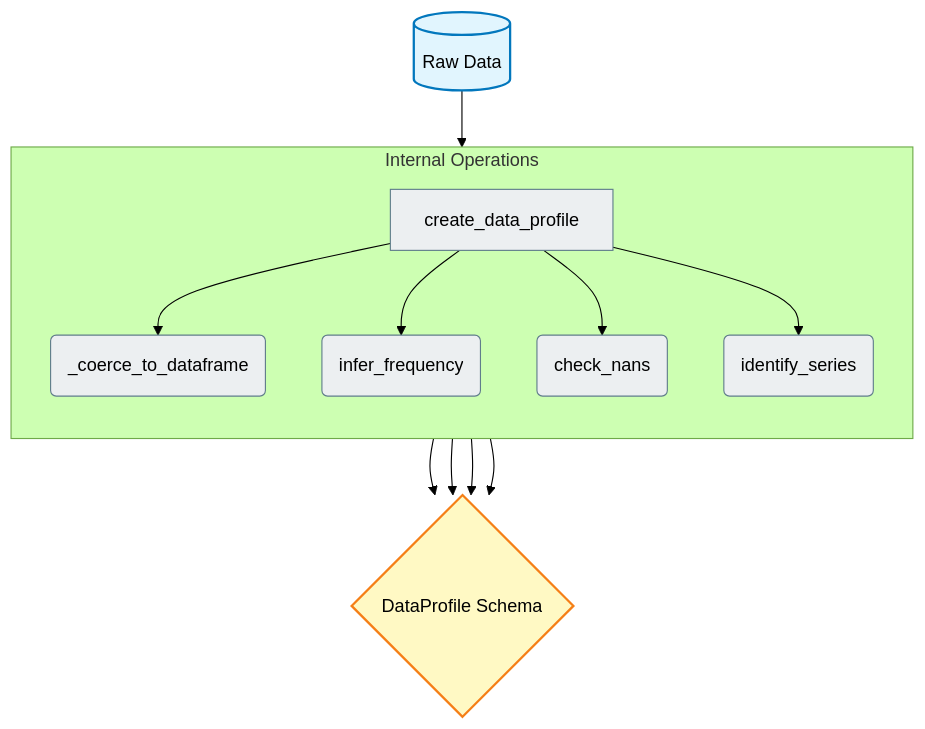
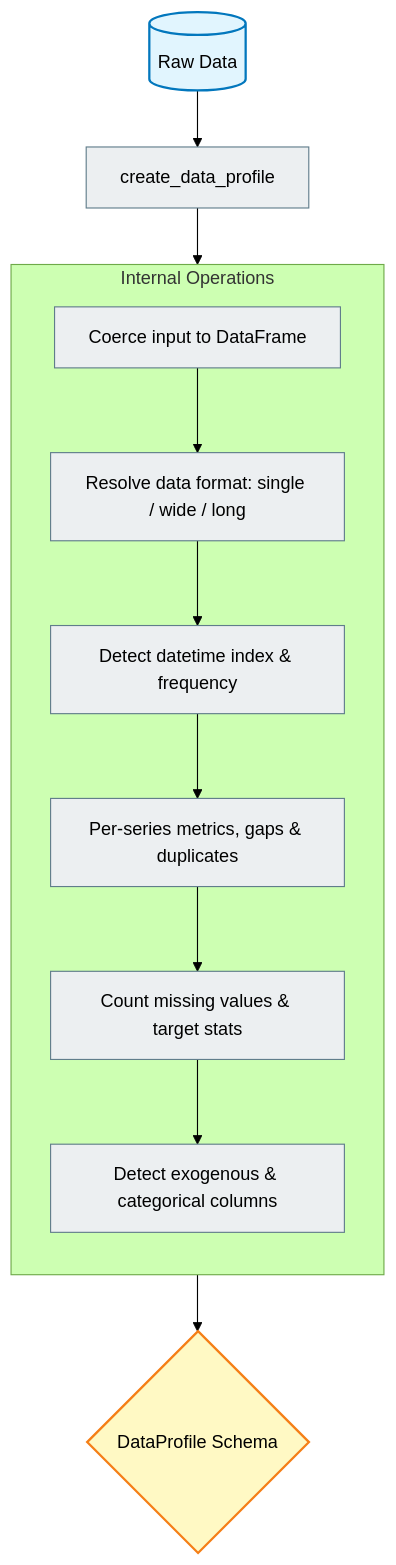
Before and after one commit to skforecast/skforecast-ai: the third of 8 diagrams in docs/user_guides/architecture-and-logic.md, drawn with Mermaid (forest theme). The commit also changed other lines of this file, not shown here.

````diff
--- a/docs/user_guides/architecture-and-logic.md
+++ b/docs/user_guides/architecture-and-logic.md
@@ -75,18 +85,20 @@
 ```mermaid
 flowchart TD
     classDef schema fill:#fff9c4,stroke:#f57f17,stroke-width:2px,color:#000
     classDef func fill:#eceff1,stroke:#607d8b,stroke-width:1px,color:#000
     classDef data fill:#e1f5fe,stroke:#0277bd,stroke-width:2px,color:#000
 
     A[(Raw Data)]:::data --> B[create_data_profile]:::func
-    
-    subgraph Internal Operations
+
+    subgraph Internal_Operations[Internal Operations]
         direction TB
-        B --> C1(_coerce_to_dataframe):::func
-        B --> C2(infer_frequency):::func
-        B --> C3(check_nans):::func
-        B --> C4(identify_series):::func
+        C1[Coerce input to DataFrame]:::func
+        C2[Resolve data format: single / wide / long]:::func
+        C3[Detect datetime index & frequency]:::func
+        C4[Per-series metrics, gaps & duplicates]:::func
+        C5[Count missing values & target stats]:::func
+        C6[Detect exogenous & categorical columns]:::func
     end
-    
-    C1 & C2 & C3 & C4 --> D{DataProfile Schema}:::schema
+
+    B --> C1 --> C2 --> C3 --> C4 --> C5 --> C6 --> D{DataProfile Schema}:::schema
 ```
````
